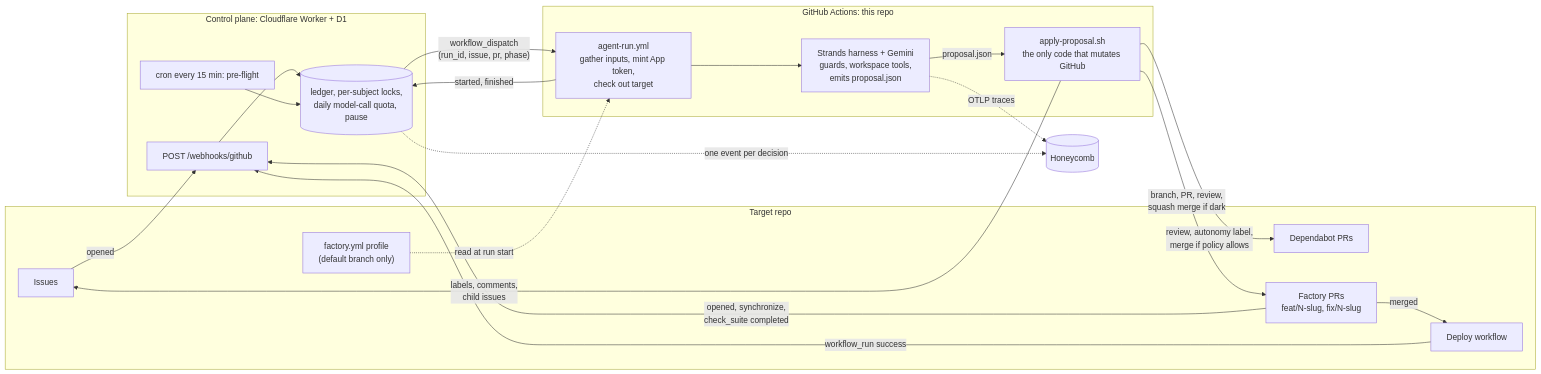
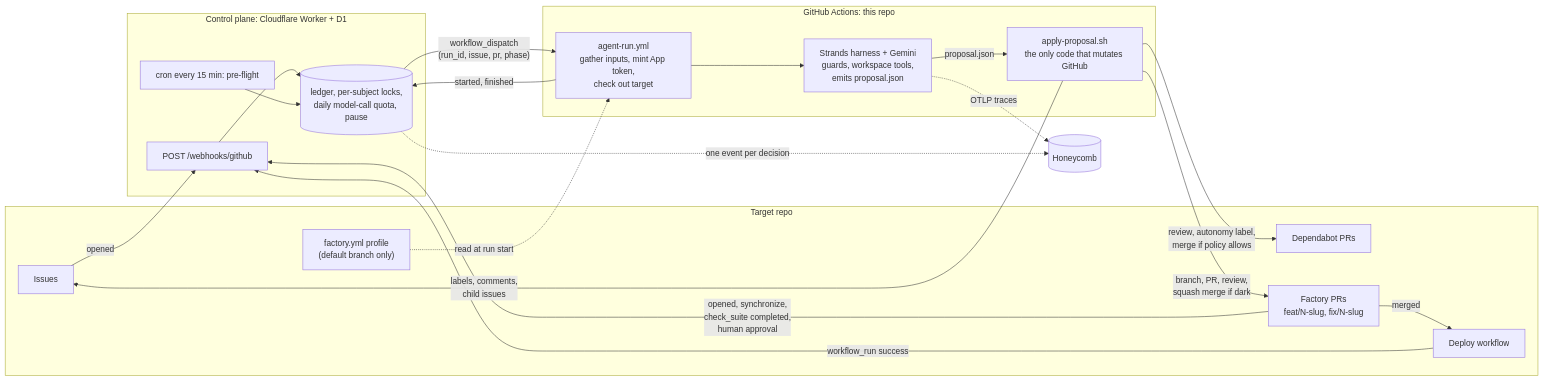
The diagram in README.md (nimeshjm/software-factory), drawn with Mermaid before and after one commit. The commit also changed other lines of this file and 8 other files, not shown here.

First line of the commit message:
Dispatch the reviewer on a human approval; add the factory-audit skill

````diff
--- a/README.md
+++ b/README.md
@@ -13,41 +13,41 @@
 ```mermaid
 flowchart LR
   subgraph T["Target repo"]
     I["Issues"]
     DP["Dependabot PRs"]
     FP["Factory PRs<br/>feat/N-slug, fix/N-slug"]
     D["Deploy workflow"]
     P["factory.yml profile<br/>(default branch only)"]
   end
 
   subgraph CP["Control plane: Cloudflare Worker + D1"]
     W["POST /webhooks/github"]
     C["cron every 15 min: pre-flight"]
     L[("ledger, per-subject locks,<br/>daily model-call quota, pause")]
   end
 
   subgraph GA["GitHub Actions: this repo"]
     AR["agent-run.yml<br/>gather inputs, mint App token,<br/>check out target"]
     H["Strands harness + Gemini<br/>guards, workspace tools,<br/>emits proposal.json"]
     AP["apply-proposal.sh<br/>the only code that mutates GitHub"]
   end
 
   HC[("Honeycomb")]
 
   I -- "opened" --> W
-  FP -- "opened, synchronize,<br/>check_suite completed" --> W
+  FP -- "opened, synchronize,<br/>check_suite completed,<br/>human approval" --> W
   D -- "workflow_run success" --> W
   W --> L
   C --> L
   P -. "read at run start" .-> AR
   L -- "workflow_dispatch<br/>(run_id, issue, pr, phase)" --> AR
   AR --> H
   H -- "proposal.json" --> AP
   AR -- "started, finished" --> L
   AP -- "labels, comments,<br/>child issues" --> I
   AP -- "review, autonomy label,<br/>merge if policy allows" --> DP
   AP -- "branch, PR, review,<br/>squash merge if dark" --> FP
   FP -- "merged" --> D
   H -. "OTLP traces" .-> HC
   L -. "one event per decision" .-> HC
 ```
````
